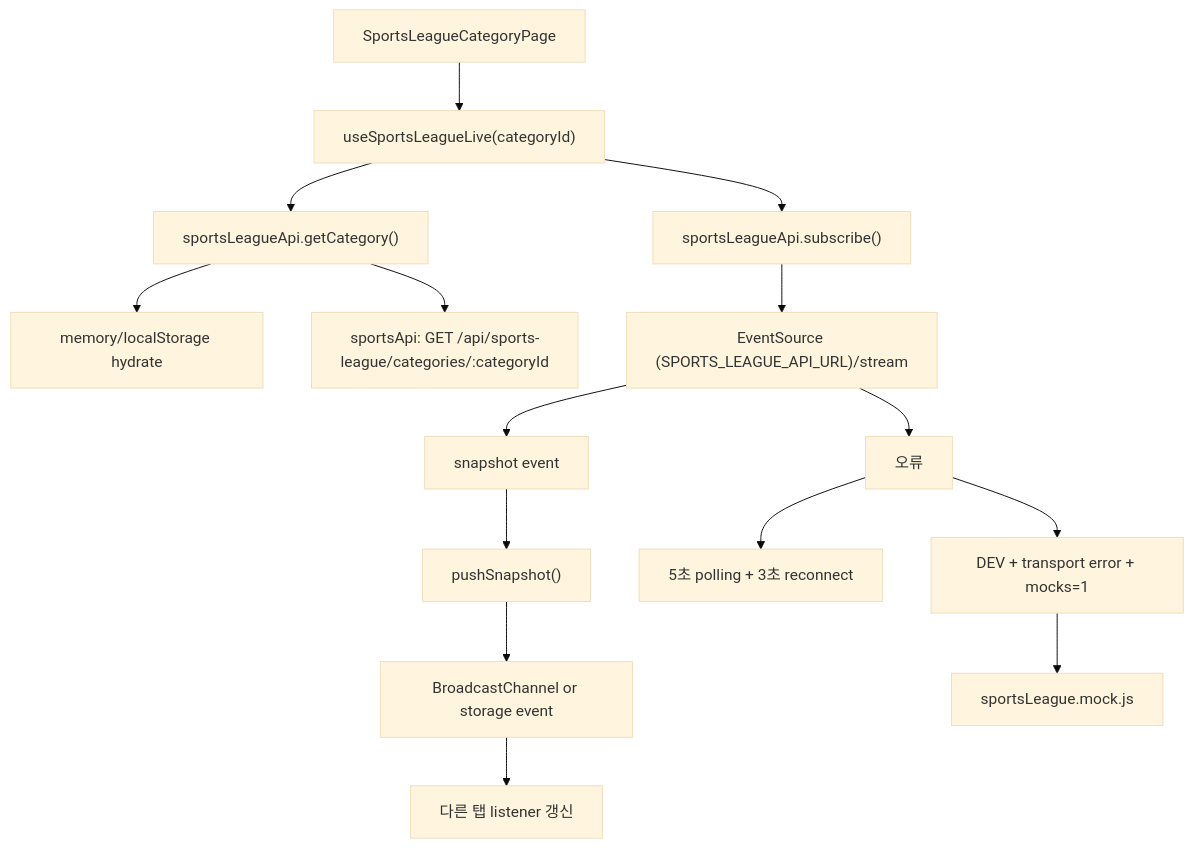
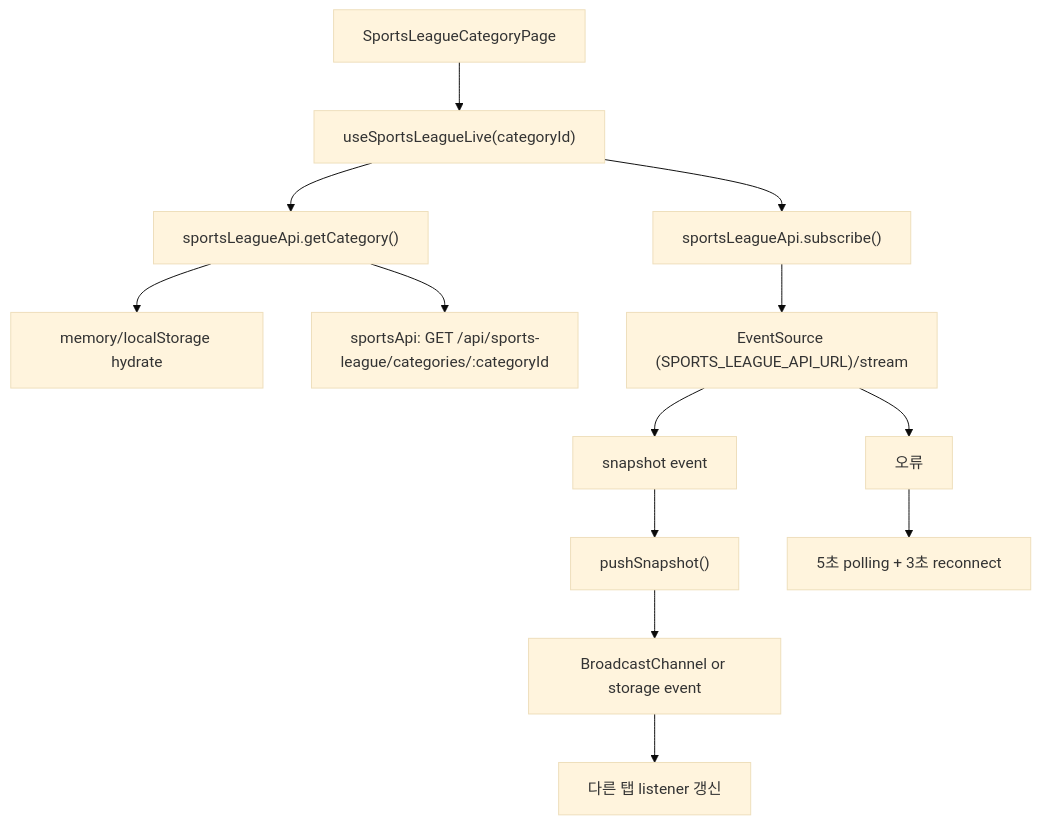
One commit to hanjm-github/beomseo.in changed the fifth of 13 diagrams in frontend/docs/frontend-architecture.md. Above: the diagram before and after it, drawn with Mermaid (base theme). The commit also changed other lines of this file and 34 other files, not shown here.

````diff
--- a/frontend/docs/frontend-architecture.md
+++ b/frontend/docs/frontend-architecture.md
@@ -161,17 +150,15 @@
 ```mermaid
 flowchart TD
     A["SportsLeagueCategoryPage"] --> B["useSportsLeagueLive(categoryId)"]
     B --> C["sportsLeagueApi.getCategory()"]
     C --> D["memory/localStorage hydrate"]
     C --> E["sportsApi: GET /api/sports-league/categories/:categoryId"]
     B --> F["sportsLeagueApi.subscribe()"]
     F --> G["EventSource (SPORTS_LEAGUE_API_URL)/stream"]
     G --> H["snapshot event"]
     H --> I["pushSnapshot()"]
     I --> J["BroadcastChannel or storage event"]
     J --> K["다른 탭 listener 갱신"]
     G --> L["오류"]
     L --> M["5초 polling + 3초 reconnect"]
-    L --> N["DEV + transport error + mocks=1"]
-    N --> O["sportsLeague.mock.js"]
 ```
````
